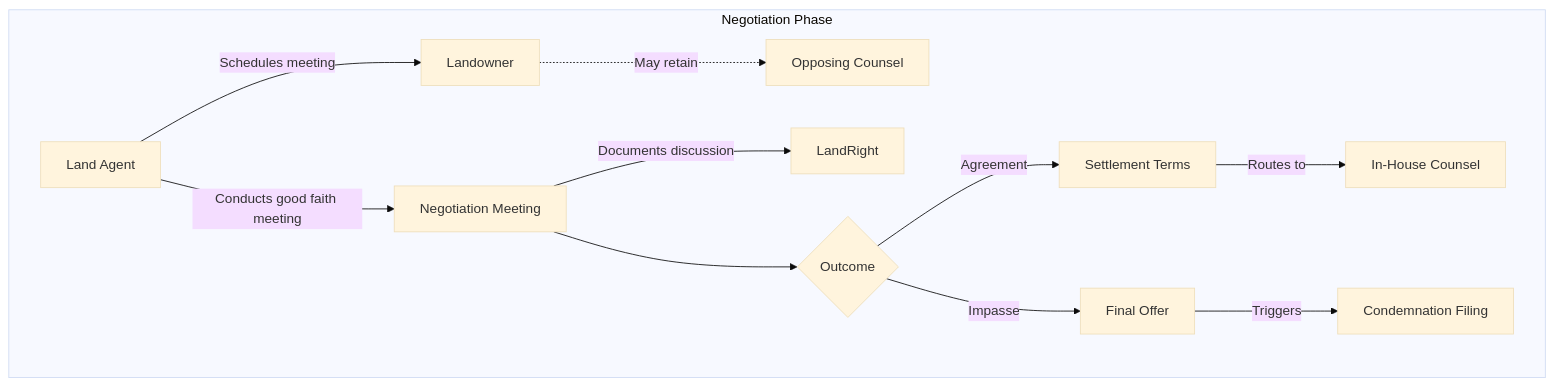
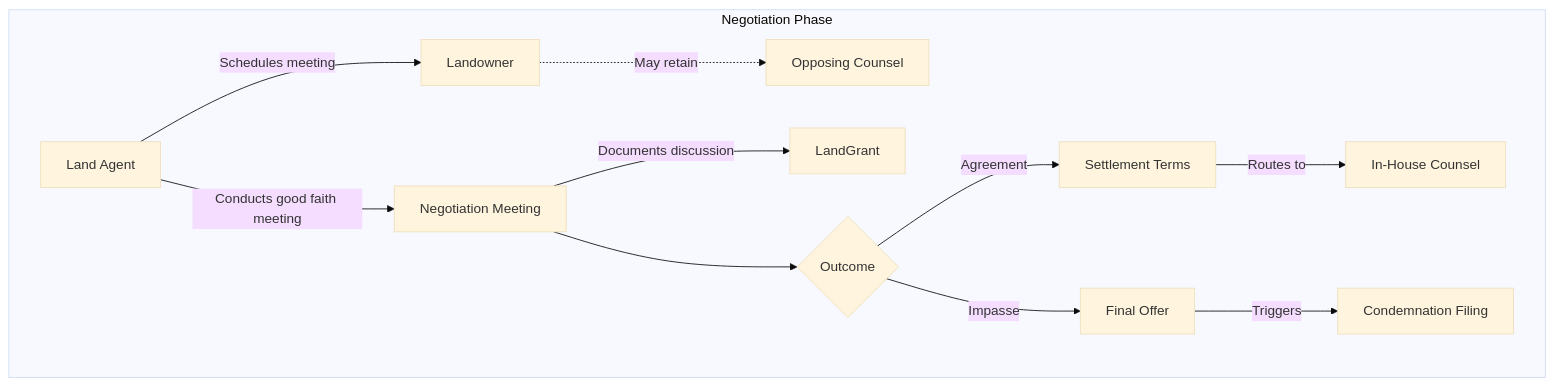
Before and after one commit to bennieking05/landgrant-mono: the fifth of 9 diagrams in docs/eminent-domain-workflow.md, drawn with Mermaid (base theme). The commit also changed other lines of this file and 272 other files, not shown here.

First line of the commit message:
Rebrand to LandGrant and ship Phase 2/3 platform hardening

````diff
--- a/docs/eminent-domain-workflow.md
+++ b/docs/eminent-domain-workflow.md
@@ -171,17 +171,17 @@
 ```mermaid
 flowchart TD
     subgraph negotiate [Negotiation Phase]
         Agent[Land Agent] -->|Schedules meeting| Owner[Landowner]
         Owner -.->|May retain| OpCounsel[Opposing Counsel]
         Agent -->|Conducts good faith meeting| Meeting[Negotiation Meeting]
-        Meeting -->|Documents discussion| LR[LandRight]
+        Meeting -->|Documents discussion| LR[LandGrant]
         
         Outcome{Outcome}
         Meeting --> Outcome
         Outcome -->|Agreement| Settlement[Settlement Terms]
         Outcome -->|Impasse| Impasse[Final Offer]
         
         Settlement -->|Routes to| Counsel[In-House Counsel]
         Impasse -->|Triggers| Filing[Condemnation Filing]
     end
 ```
````
